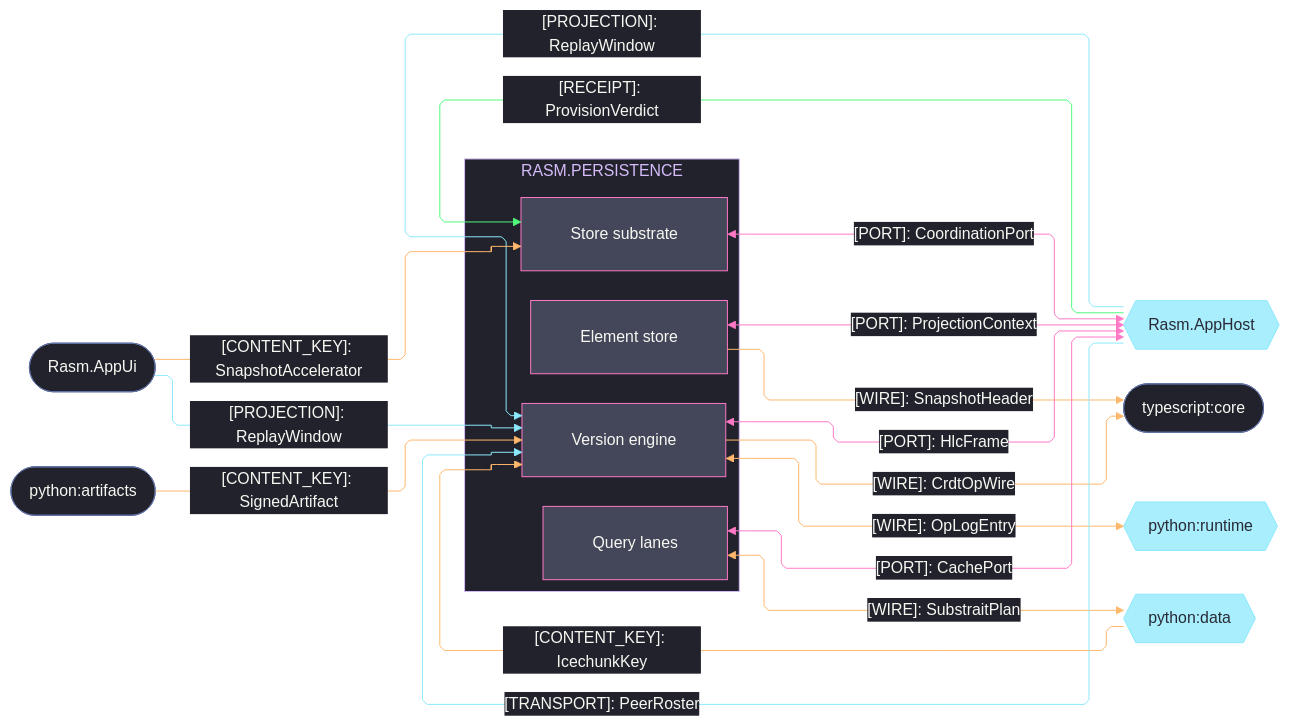
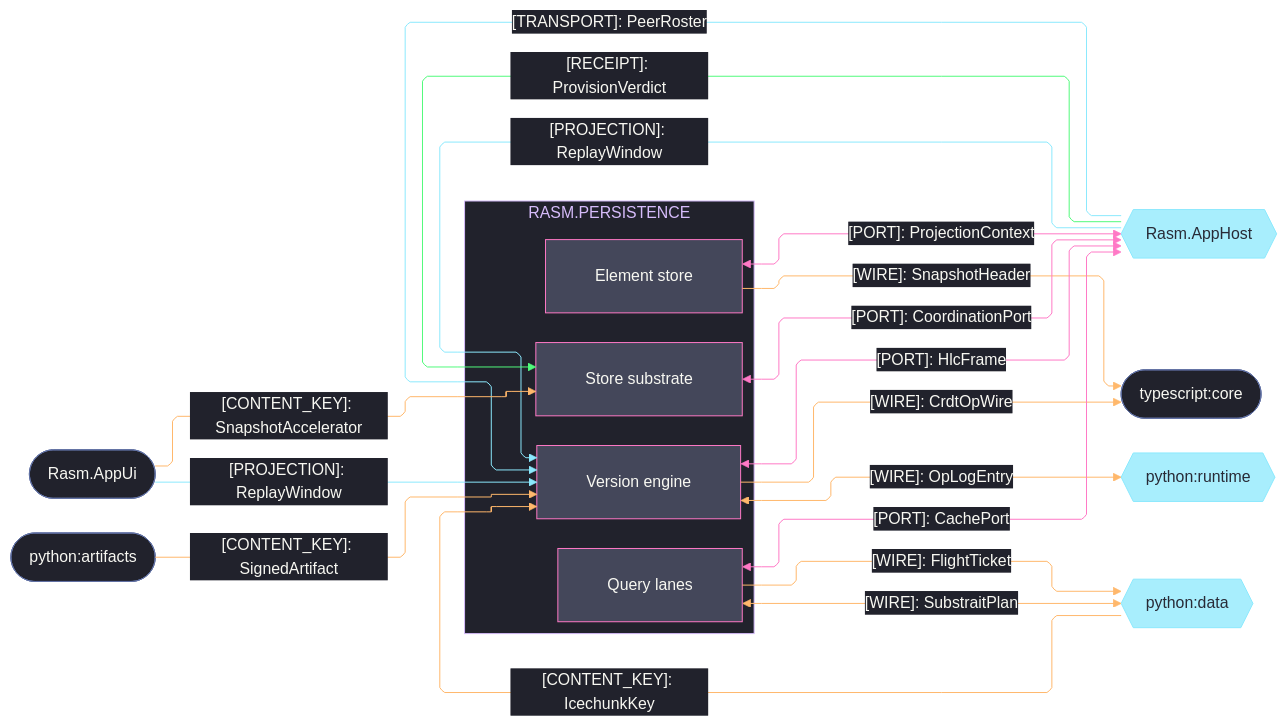
The second of 3 diagrams in libs/csharp/Rasm.Persistence/ARCHITECTURE.md (bsamiee/Rasm), drawn with Mermaid before and after one commit. The commit also changed other lines of this file and 80 other files, not shown here.

````diff
--- a/libs/csharp/Rasm.Persistence/ARCHITECTURE.md
+++ b/libs/csharp/Rasm.Persistence/ARCHITECTURE.md
@@ -113,72 +114,73 @@
 ```mermaid
 ---
 config:
   theme: base
   look: classic
   layout: elk
   flowchart:
     curve: linear
     padding: 25
   themeVariables:
     darkMode: true
     fontFamily: "SF Mono, Menlo, Cascadia Mono, Segoe UI Mono, Consolas, monospace"
     useGradient: false
     dropShadow: "none"
     background: "#282A36"
     primaryColor: "#44475A"
     primaryTextColor: "#F8F8F2"
     primaryBorderColor: "#BD93F9"
     lineColor: "#FF79C6"
     textColor: "#F8F8F2"
     clusterBkg: "#21222C"
     clusterBorder: "#D6BCFA"
     edgeLabelBackground: "#21222C"
     labelBackgroundColor: "#21222C"
     titleColor: "#D6BCFA"
   themeCSS: ".nodeLabel{font-size:13px;font-weight:500}.edgeLabel{font-size:12px;font-weight:500}.cluster-label .nodeLabel{font-size:13.5px;font-weight:700;letter-spacing:.08em}.edge-thickness-normal{stroke-width:2px}.edge-thickness-thick{stroke-width:3px}.edge-pattern-dashed,.edge-pattern-dotted{stroke-width:1.5px;stroke-dasharray:4 6}.node rect,.node circle,.node polygon,.node path,.node .outer-path{stroke-width:1.5px;filter:none!important}.cluster rect{stroke-width:1px!important;stroke-dasharray:5 4!important;filter:none!important}.marker path{transform:scale(.8);transform-origin:5px 5px}.marker circle{transform:scale(.48);transform-origin:5px 5px}.edgeLabel rect{transform-box:fill-box;transform-origin:center;transform:scale(1.1,1.2)}"
 ---
 flowchart LR
     accTitle: Persistence platform and cross-runtime seams
     accDescr: Persistence sub-domain owners exchanging ports, wires, projections, and receipts with the app host, the app UI, and the Python and TypeScript runtimes, edge rails colored by kind and nodes classed by seam direction.
     subgraph persistence[RASM.PERSISTENCE]
         Element[Element store]
         Version[Version engine]
         Query[Query lanes]
         Store[Store substrate]
     end
     AppHost{{Rasm.AppHost}}
     AppUi([Rasm.AppUi])
     Core([typescript:core])
     Runtime{{python:runtime}}
     Data{{python:data}}
     Artifacts([python:artifacts])
     Element e1@-->|"[WIRE]: SnapshotHeader"| Core
     Version e2@-->|"[WIRE]: CrdtOpWire"| Core
     Version e3@<-->|"[WIRE]: OpLogEntry"| Runtime
     Artifacts e4@-->|"[CONTENT_KEY]: SignedArtifact"| Version
     Data e5@-->|"[CONTENT_KEY]: IcechunkKey"| Version
     Query e6@<-->|"[WIRE]: SubstraitPlan"| Data
+    Query e16@-->|"[WIRE]: FlightTicket"| Data
     Element e7@<-->|"[PORT]: ProjectionContext"| AppHost
     Version e8@<-->|"[PORT]: HlcFrame"| AppHost
     AppHost e9@-->|"[PROJECTION]: ReplayWindow"| Version
     AppHost e10@-->|"[TRANSPORT]: PeerRoster"| Version
     Query e11@<-->|"[PORT]: CachePort"| AppHost
     Store e12@<-->|"[PORT]: CoordinationPort"| AppHost
     AppHost e13@-->|"[RECEIPT]: ProvisionVerdict"| Store
     AppUi e14@-->|"[PROJECTION]: ReplayWindow"| Version
     AppUi e15@-->|"[CONTENT_KEY]: SnapshotAccelerator"| Store
     classDef primary fill:#44475A,stroke:#FF79C6,color:#F8F8F2
     classDef external fill:#8BE9FDBF,stroke:#8BE9FD,color:#282A36
     classDef annotation fill:#21222C,stroke:#6272A4,color:#F8F8F2
     classDef edgeData stroke:#FFB86C,color:#F8F8F2
     classDef edgeSuccess stroke:#50FA7B,color:#F8F8F2
     classDef edgeControl stroke:#FF79C6,color:#F8F8F2
     classDef edgeExternal stroke:#8BE9FD,color:#F8F8F2
     class Element,Version,Query,Store primary
     class AppHost,Runtime,Data external
     class AppUi,Core,Artifacts annotation
-    class e1,e2,e3,e4,e5,e6,e15 edgeData
+    class e1,e2,e3,e4,e5,e6,e15,e16 edgeData
     class e7,e8,e11,e12 edgeControl
     class e9,e10,e14 edgeExternal
     class e13 edgeSuccess
 ```
````
